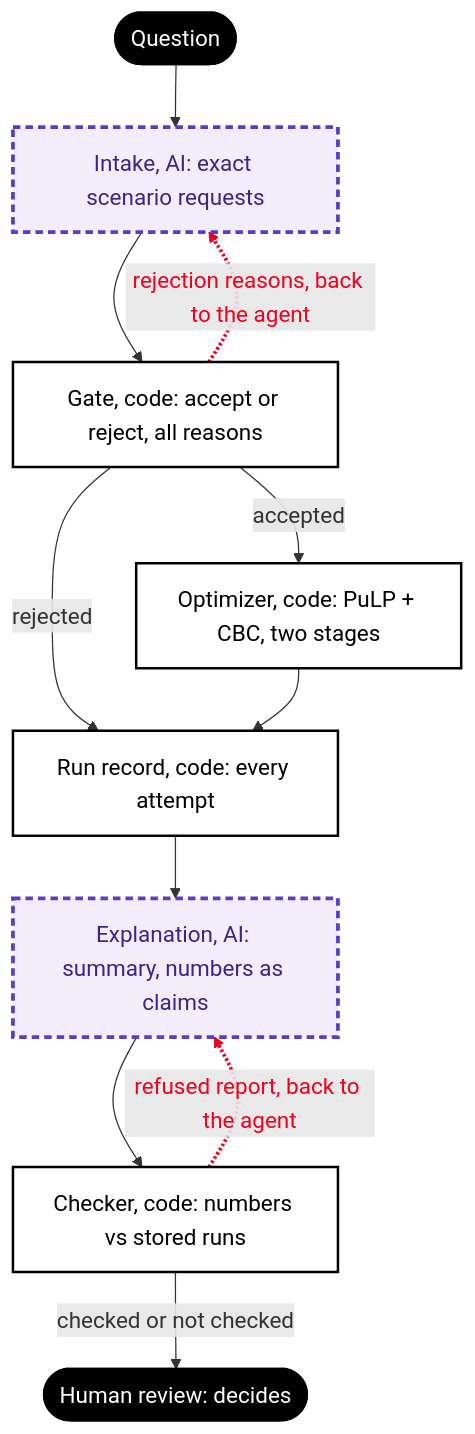
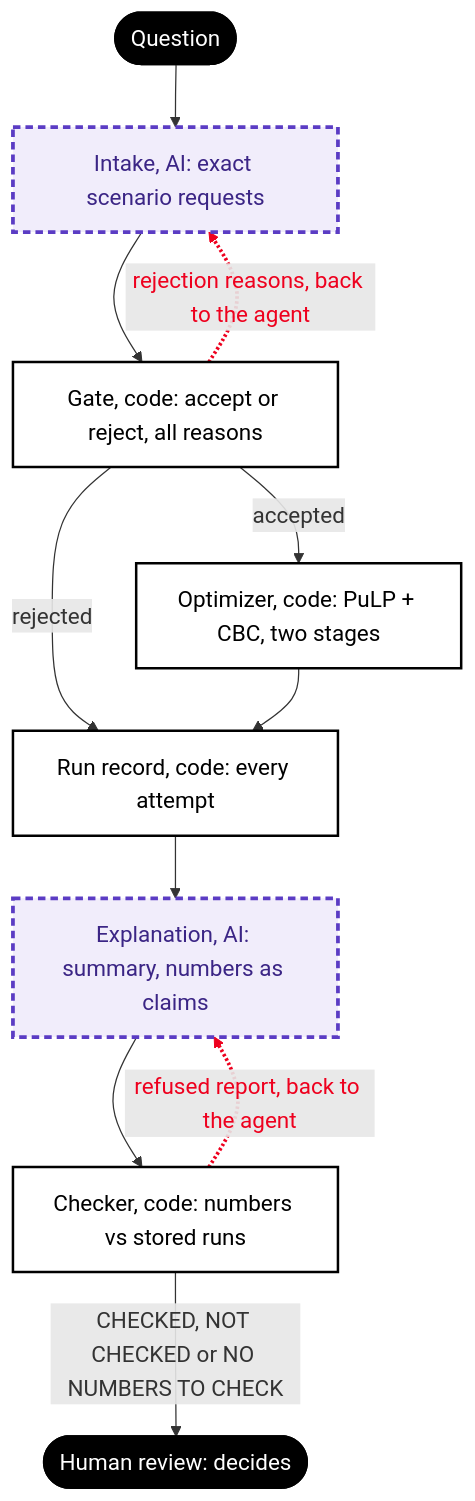
One commit to ChuLion/happy_toad changed the diagram in README.md. Above: the diagram before and after it, drawn with Mermaid. The commit also changed 2 other files, not shown here.

Commit message:
README diagram: the last edge names all three labels, NO NUMBERS TO CHECK included

````diff
--- a/README.md
+++ b/README.md
@@ -19,21 +19,21 @@
 ```mermaid
 %%{init: {"themeVariables": {"fontSize": "18px"}}}%%
 flowchart TD
     Q([Question]) --> I[Intake, AI: exact scenario requests]
     I --> G[Gate, code: accept or reject, all reasons]
     G -->|accepted| O[Optimizer, code: PuLP + CBC, two stages]
     G -->|rejected| R
     O --> R[Run record, code: every attempt]
     G -. rejection reasons, back to the agent .-> I
     R --> E[Explanation, AI: summary, numbers as claims]
     E --> C[Checker, code: numbers vs stored runs]
     C -. refused report, back to the agent .-> E
-    C -->|checked or not checked| H([Human review: decides])
+    C -->|CHECKED, NOT CHECKED or NO NUMBERS TO CHECK| H([Human review: decides])
     classDef ai fill:#f1edfb,stroke:#5b3cc4,stroke-width:3px,stroke-dasharray:6 4,color:#3b2585
     classDef code fill:#ffffff,stroke:#000000,stroke-width:2px,color:#000000
     classDef person fill:#000000,stroke:#000000,color:#ffffff
     class I,E ai
     class G,O,R,C code
     class Q,H person
     linkStyle 5,8 stroke:#ee001e,stroke-width:3px,color:#ee001e
 ```
````
